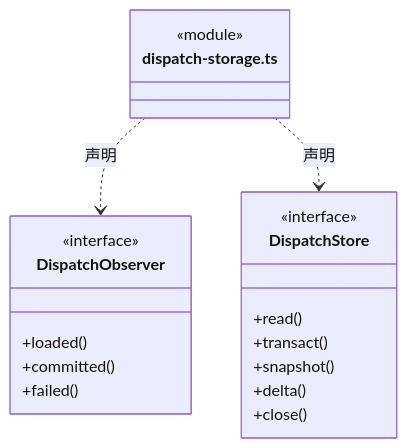
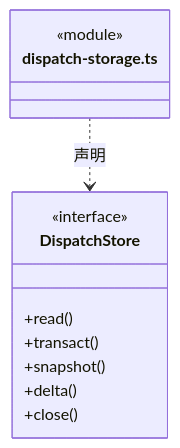
One commit to nan023062/cbim changed the ninth of 34 diagrams in src/backend/core/tasks/ARCHITECTURE.md. Above: the diagram before and after it, drawn with Mermaid. The commit also changed other lines of this file and 240 other files, not shown here.

````diff
--- a/src/backend/core/tasks/ARCHITECTURE.md
+++ b/src/backend/core/tasks/ARCHITECTURE.md
@@ -130,22 +258,15 @@
 ```mermaid
 classDiagram
 class N_src_backend_core_tasks_dispatch_storage_ts["dispatch-storage.ts"] {
   <<module>>
 }
-class N_src_backend_core_tasks_dispatch_storage_ts_DispatchObserver["DispatchObserver"] {
-  <<interface>>
-  +loaded()
-  +committed()
-  +failed()
-}
-N_src_backend_core_tasks_dispatch_storage_ts ..> N_src_backend_core_tasks_dispatch_storage_ts_DispatchObserver : 声明
 class N_src_backend_core_tasks_dispatch_storage_ts_DispatchStore["DispatchStore"] {
   <<interface>>
   +read()
   +transact()
   +snapshot()
   +delta()
   +close()
 }
 N_src_backend_core_tasks_dispatch_storage_ts ..> N_src_backend_core_tasks_dispatch_storage_ts_DispatchStore : 声明
 ```
````
